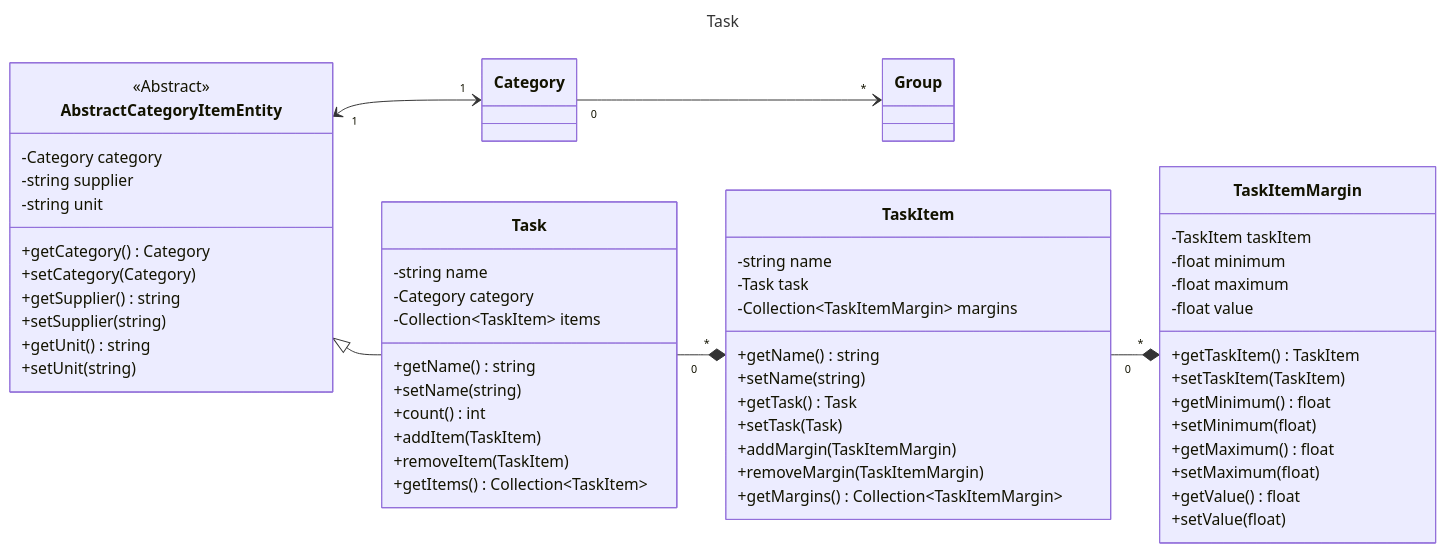
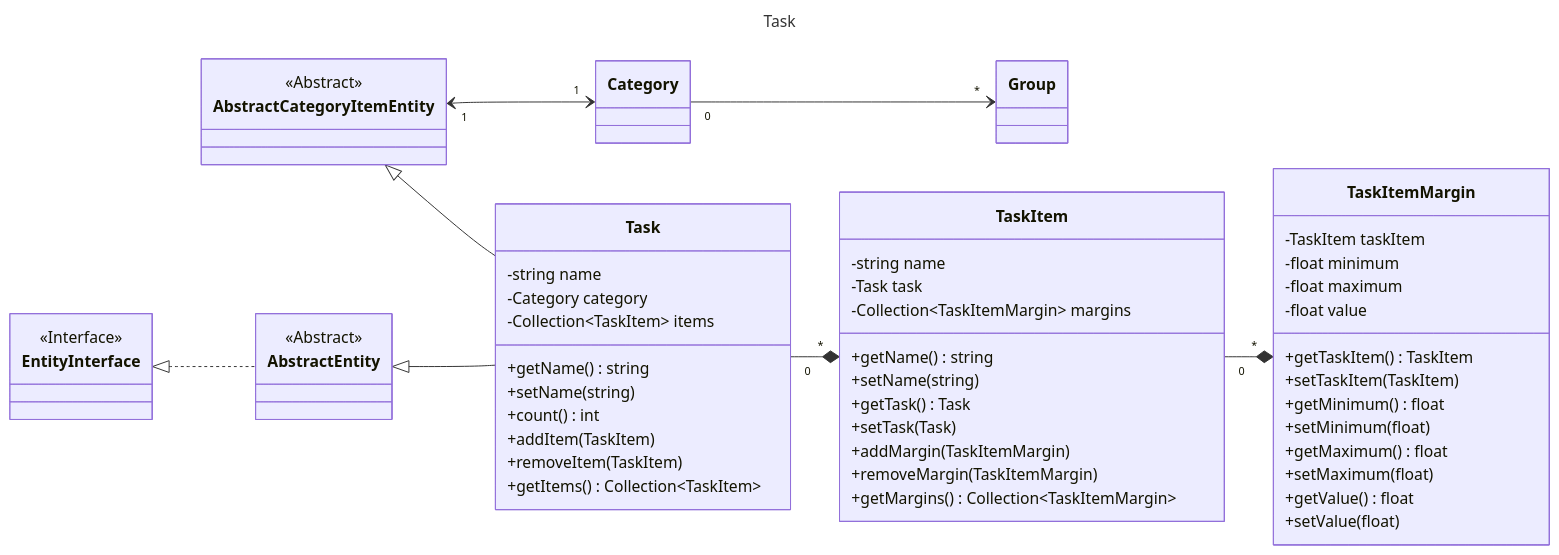
Before and after one commit to laurentmuller/calculation: the diagram in resources/diagram/task.mmd, drawn with Mermaid. The commit also changed 19 other files, not shown here.

Commit message:
Updated CSS and JS diagram.

```diff
--- a/resources/diagram/task.mmd
+++ b/resources/diagram/task.mmd
@@ -1,74 +1,77 @@
 ---
 title: Task
 ---
 
 classDiagram
     direction LR
 
     class Group {
     }
 
     class Category {
     }
 
     class AbstractCategoryItemEntity {
         <<Abstract>>
-        -Category category
-        -string supplier
-        -string unit
-        +getCategory() Category
-        +setCategory(Category)
-        +getSupplier() string
-        +setSupplier(string)
-        +getUnit() string
-        +setUnit(string)
     }
 
     class Task {
         -string name
         -Category category
         -Collection~TaskItem~ items
         +getName() string
         +setName(string)
         +count() int
         +addItem(TaskItem)
         +removeItem(TaskItem)
         +getItems() Collection~TaskItem~
     }
 
     class TaskItem {
         -string name
         -Task task
         -Collection~TaskItemMargin~ margins
         +getName() string
         +setName(string)
         +getTask() Task
         +setTask(Task)
         +addMargin(TaskItemMargin)
         +removeMargin(TaskItemMargin)
         +getMargins() Collection~TaskItemMargin~
     }
 
     class TaskItemMargin {
         -TaskItem taskItem
         -float minimum
         -float maximum
         -float value
         +getTaskItem() TaskItem
         +setTaskItem(TaskItem)
         +getMinimum() float
         +setMinimum(float)
         +getMaximum() float
         +setMaximum(float)
         +getValue() float
         +setValue(float)
     }
 
+    class AbstractEntity {
+        <<Abstract>>
+    }
+    class EntityInterface {
+        <<Interface>>
+    }
+
+    EntityInterface <|.. AbstractEntity
+    AbstractEntity <|-- Task
     AbstractCategoryItemEntity <|-- Task
     AbstractCategoryItemEntity "1" <--> "1" Category
     Task "0" --* "*" TaskItem
     TaskItem "0" --* "*" TaskItemMargin
     Category "0" --> "*" Group
 
+    click EntityInterface call nodeCallback()
+    click AbstractEntity call nodeCallback()
+    click AbstractCategoryItemEntity call nodeCallback()
     click Category call nodeCallback()
     click Group call nodeCallback()
```
